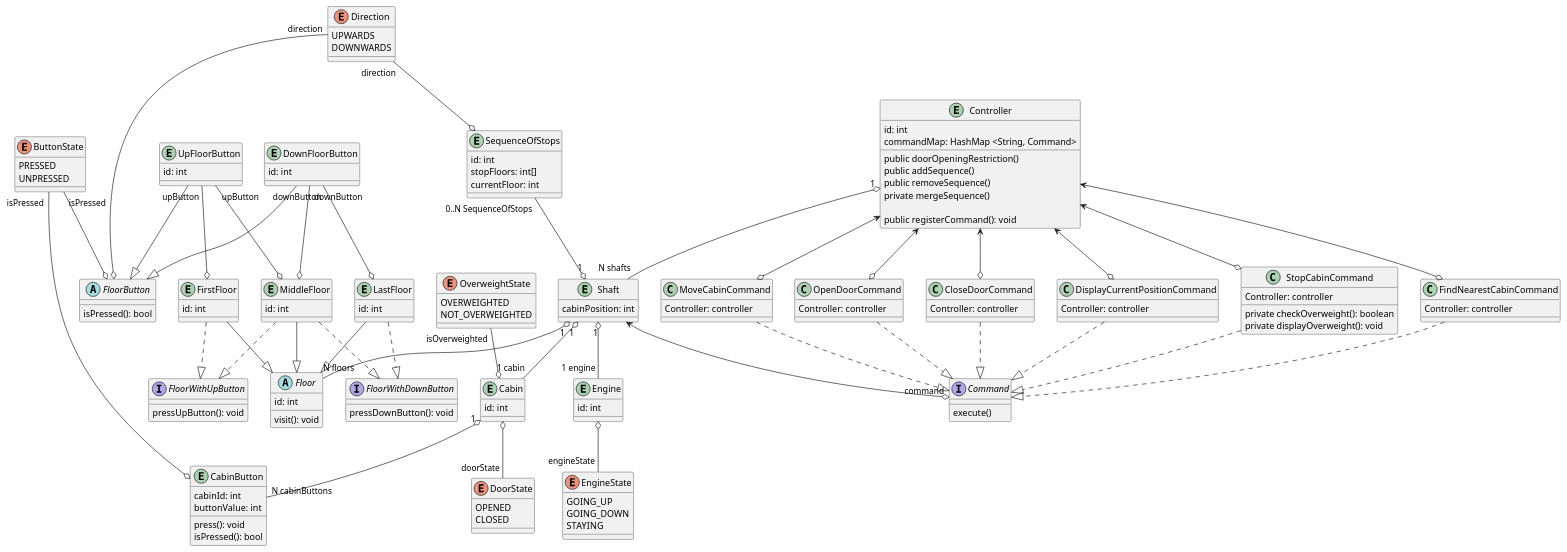
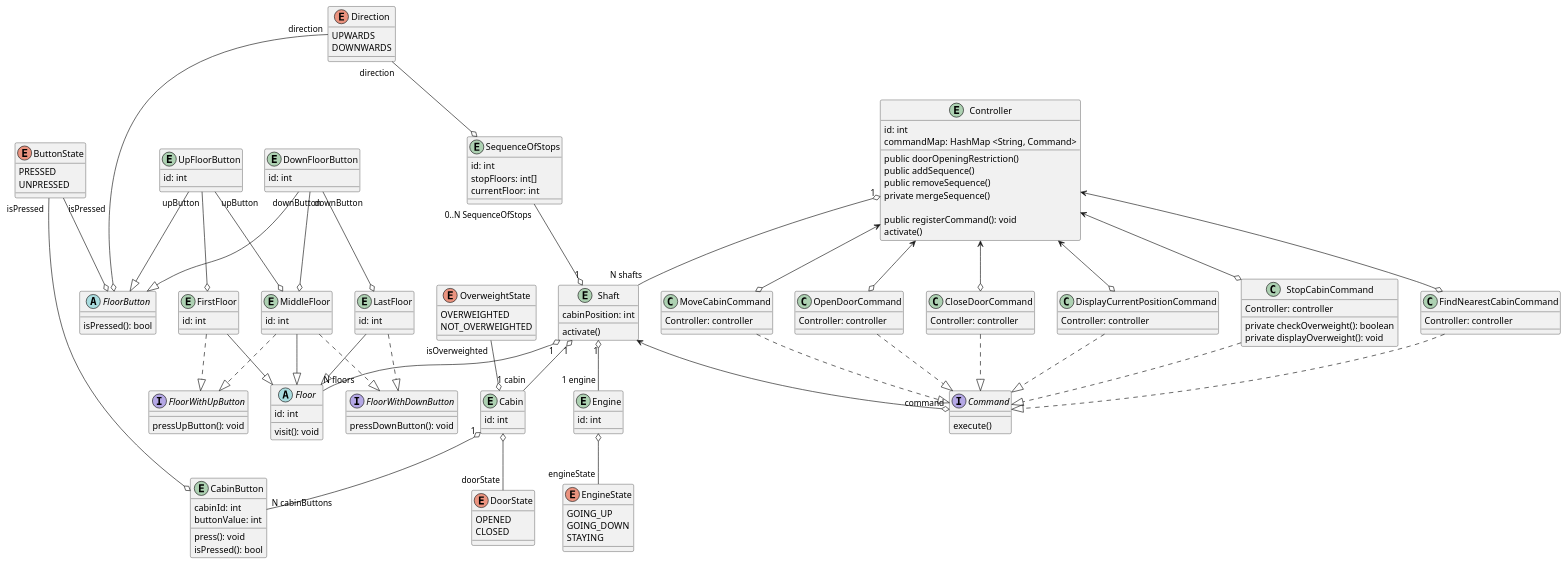
One commit to WhiteSnakeE/ElevatorDriver changed the diagram in src/documentation/classDiagram/classDiagramElevator.puml. Above: the diagram before and after it, drawn with PlantUML.

Commit message:
add activate in shaft and controller

```diff
--- a/src/documentation/classDiagram/classDiagramElevator.puml
+++ b/src/documentation/classDiagram/classDiagramElevator.puml
@@ -1,195 +1,196 @@
 @startuml
 entity "Controller"{
 id: int
 commandMap: HashMap <String, Command>
 
 public doorOpeningRestriction()
 public addSequence()
 public removeSequence()
 private mergeSequence()
 
 public registerCommand(): void
-
+activate()
 }
 
 enum DoorState{
 OPENED
 CLOSED
 }
 
 entity Cabin{
 id: int
 }
 
 entity SequenceOfStops {
 id: int
 stopFloors: int[]
 currentFloor: int
 }
 
 Direction "direction" --o SequenceOfStops
 
 
 enum EngineState{
 GOING_UP
 GOING_DOWN
 STAYING
 }
 
 enum Direction{
 UPWARDS
 DOWNWARDS
 }
 
 enum ButtonState{
 PRESSED
 UNPRESSED
 }
 
 entity "CabinButton"{
 cabinId: int
 buttonValue: int
 
 press(): void
 isPressed(): bool
 }
 
 
 abstract "FloorButton"{
   isPressed(): bool
 }
 
 entity "UpFloorButton" {
   id: int
 }
 
 entity "DownFloorButton" {
  id: int
 }
 
 "UpFloorButton" --|> "FloorButton"
 "DownFloorButton" --|> "FloorButton"
 
 abstract Floor{
   id: int
   visit(): void
 }
 
 interface FloorWithUpButton {
   pressUpButton(): void
 }
 
 interface FloorWithDownButton {
  pressDownButton(): void
 }
 
 
 
 entity FirstFloor {
   id: int
 }
 
 FirstFloor --|> Floor
 FirstFloor ..|> FloorWithUpButton
 
 entity LastFloor {
   id: int
 }
 
 LastFloor --|> Floor
 LastFloor ..|> FloorWithDownButton
 
 entity MiddleFloor {
   id: int
 }
 
 "UpFloorButton" "upButton" --o FirstFloor
 "UpFloorButton" "upButton" --o MiddleFloor
 
 "DownFloorButton" "downButton" --o MiddleFloor
 "DownFloorButton" "downButton" --o LastFloor
 
 MiddleFloor --|> Floor
 MiddleFloor ..|> FloorWithUpButton
 MiddleFloor ..|> FloorWithDownButton
 
 Direction "direction" --o "FloorButton"
 
 Cabin "1" o-- "N cabinButtons" "CabinButton"
 ButtonState "isPressed " --o "FloorButton"
 ButtonState "isPressed " --o "CabinButton"
 
 entity Engine {
   id: int
 }
 
 Engine o-- "engineState" EngineState
 
 entity Shaft {
   cabinPosition: int
+  activate()
 }
 
 Shaft "1" o-- "1 engine" Engine
 
 Shaft "1" o-- "N floors" Floor
 Controller "1" o-- "N shafts" Shaft
 
 Shaft "1" o-- "1 cabin" Cabin
 
 Cabin o-- "doorState" DoorState
 
 SequenceOfStops "0..N SequenceOfStops" --o "1" Shaft
 
 interface Command {
     execute()
 }
 
 class MoveCabinCommand {
     Controller: controller
 }
 class OpenDoorCommand {
     Controller: controller
 }
 class CloseDoorCommand {
     Controller: controller
 }
 class DisplayCurrentPositionCommand{
     Controller: controller
 }
 class StopCabinCommand {
     Controller: controller
 
     private checkOverweight(): boolean
     private displayOverweight(): void
 }
 
 class FindNearestCabinCommand {
     Controller: controller
 }
 
 enum OverweightState {
     OVERWEIGHTED
     NOT_OVERWEIGHTED
 }
 
 OverweightState "isOverweighted" --o Cabin
 
 MoveCabinCommand  ..|> Command
 OpenDoorCommand  ..|> Command
 CloseDoorCommand  ..|> Command
 DisplayCurrentPositionCommand  ..|> Command
 StopCabinCommand  ..|> Command
 FindNearestCabinCommand  ..|> Command
 
 Controller <--o MoveCabinCommand
 Controller <--o OpenDoorCommand
 Controller <--o CloseDoorCommand
 Controller <--o DisplayCurrentPositionCommand
 Controller <--o FindNearestCabinCommand
 Controller <--o StopCabinCommand
 
 Shaft <--o "command" Command
 
 
 
 @enduml
```
